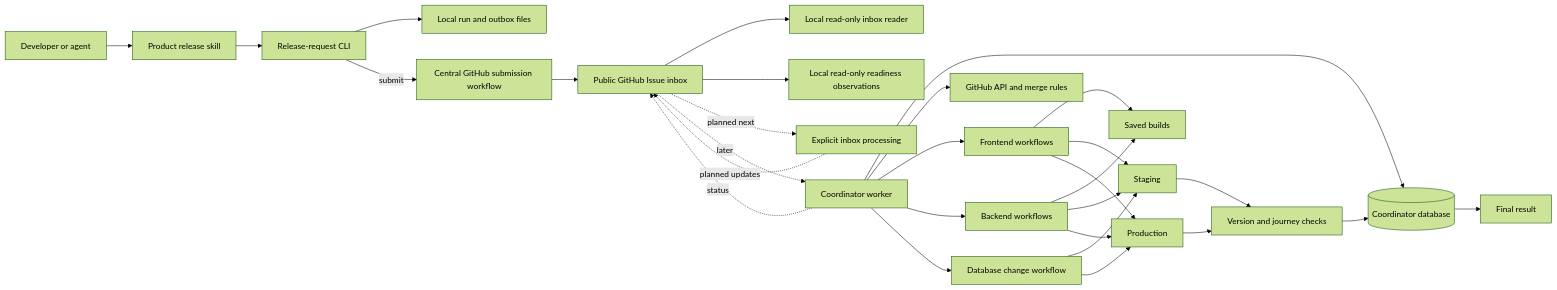
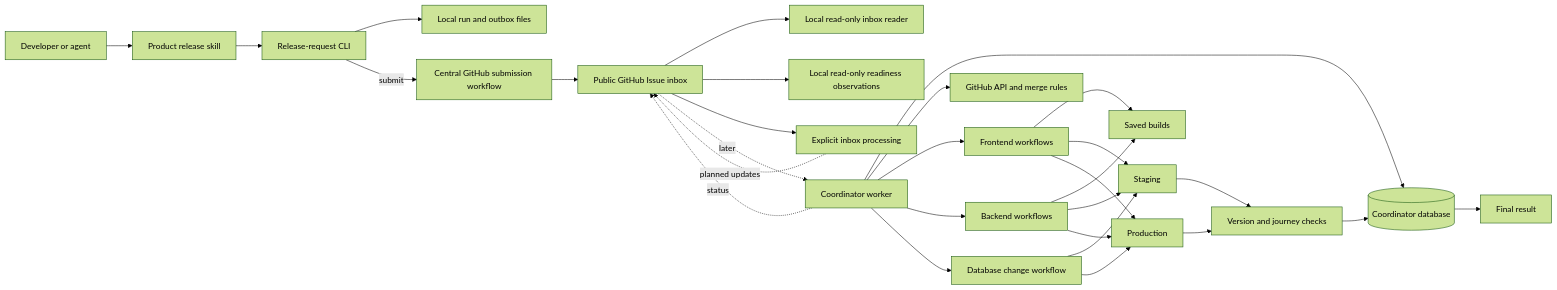
The diagram in docs/design.md (6529-Collections/6529-release-coordinator), drawn with Mermaid (forest theme) before and after one commit. The commit also changed other lines of this file and 26 other files, not shown here.

````diff
--- a/docs/design.md
+++ b/docs/design.md
@@ -109,33 +109,33 @@
 ```mermaid
 flowchart LR
     U[Developer or agent] --> S[Product release skill]
     S --> CLI[Release-request CLI]
     CLI --> LOCAL[Local run and outbox files]
     CLI -->|submit| GHIN[Central GitHub submission workflow]
     GHIN --> INBOX[Public GitHub Issue inbox]
     INBOX --> R[Local read-only inbox reader]
     INBOX --> RC[Local read-only readiness observations]
-    INBOX -. planned next .-> IP[Explicit inbox processing]
+    INBOX --> IP[Explicit inbox processing]
     IP -. planned updates .-> INBOX
     INBOX -. later .-> W[Coordinator worker]
     W --> DB[(Coordinator database)]
 
     W --> GH[GitHub API and merge rules]
     W --> FE[Frontend workflows]
     W --> BE[Backend workflows]
     W --> DBC[Database change workflow]
     FE --> ART[Saved builds]
     BE --> ART
     FE --> STG[Staging]
     BE --> STG
     FE --> PROD[Production]
     BE --> PROD
     DBC --> STG
     DBC --> PROD
 
     STG --> E2E[Version and journey checks]
     PROD --> E2E
     E2E --> DB
     DB --> C[Final result]
     W -. status .-> INBOX
 ```
````
